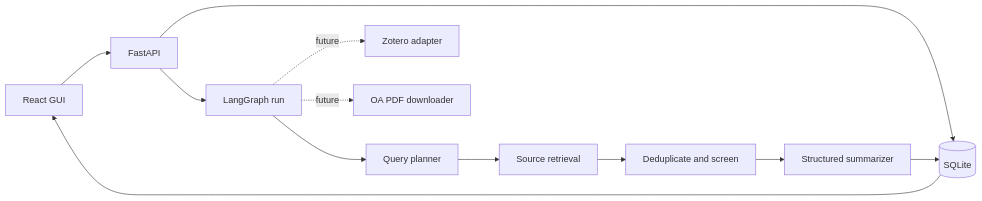
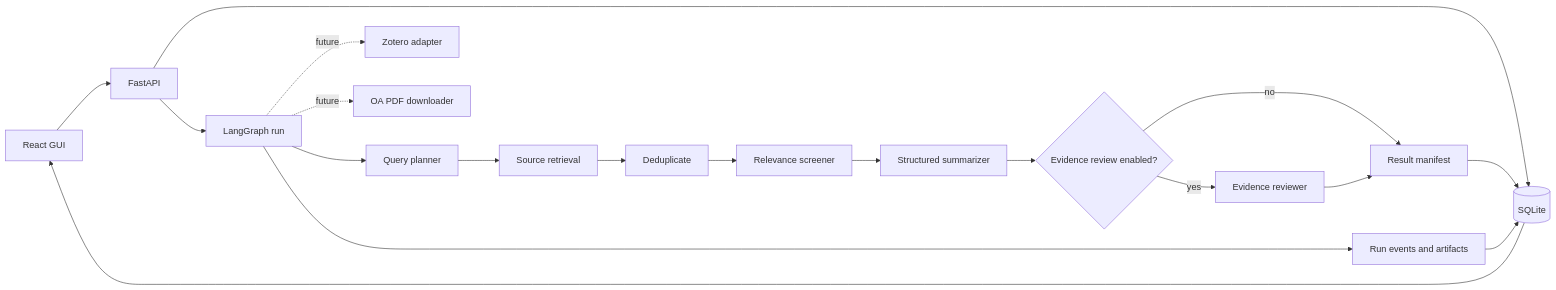
One commit to EdwardAiyw/literature-agent changed the diagram in docs/ARCHITECTURE.md. Above: the diagram before and after it, drawn with Mermaid. The commit also changed other lines of this file and 34 other files, not shown here.

````diff
--- a/docs/ARCHITECTURE.md
+++ b/docs/ARCHITECTURE.md
@@ -3,14 +3,21 @@
 ```mermaid
 flowchart LR
   UI[React GUI] --> API[FastAPI]
   API --> DB[(SQLite)]
   API --> G[LangGraph run]
   G --> P[Query planner]
   P --> R[Source retrieval]
-  R --> D[Deduplicate and screen]
-  D --> S[Structured summarizer]
-  S --> DB
+  R --> D[Deduplicate]
+  D --> C[Relevance screener]
+  C --> S[Structured summarizer]
+  S --> E{Evidence review enabled?}
+  E -->|yes| V[Evidence reviewer]
+  E -->|no| M[Result manifest]
+  V --> M
+  G --> A[Run events and artifacts]
+  M --> DB
+  A --> DB
   DB --> UI
   G -. future .-> Z[Zotero adapter]
   G -. future .-> F[OA PDF downloader]
 ```
````
